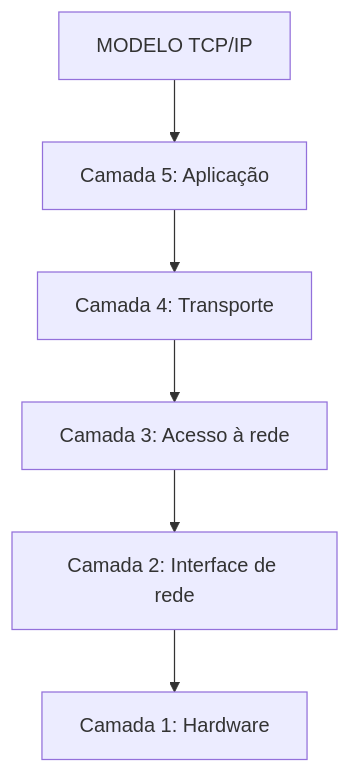
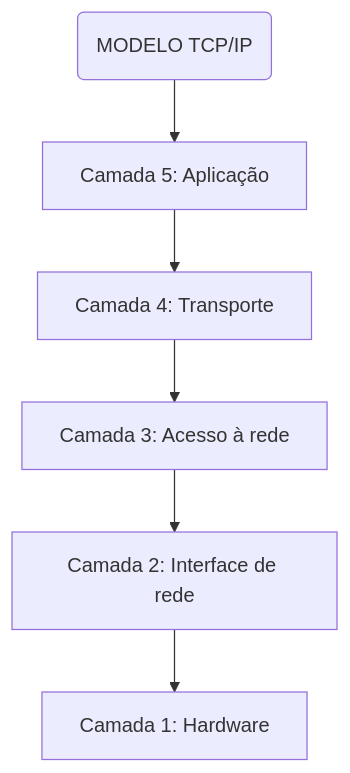
One commit to KauanneL/ARC changed the second of 2 diagrams in Mermaid/TCPIPOSI/desafio.md. Above: the diagram before and after it, drawn with Mermaid. The commit also changed other lines of this file, not shown here.

Commit message:
desafio up

````diff
--- a/Mermaid/TCPIPOSI/desafio.md
+++ b/Mermaid/TCPIPOSI/desafio.md
@@ -12,8 +12,8 @@
 ```mermaid
 flowchart TD
-  A[MODELO TCP/IP] --> TCP5[Camada 5: Aplicação]
+  A(MODELO TCP/IP) --> TCP5[Camada 5: Aplicação]
   TCP5 --> TCP4[Camada 4: Transporte]
   TCP4 --> TCP3[Camada 3: Acesso à rede]
   TCP3 --> TCP2[Camada 2: Interface de rede]
   TCP2 --> TCP1[Camada 1: Hardware]
 ```
````
